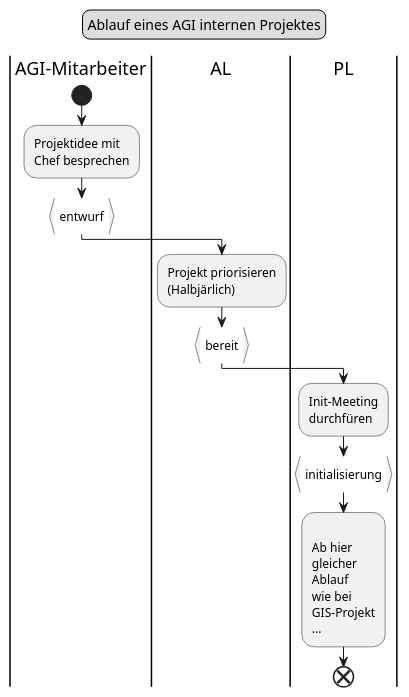
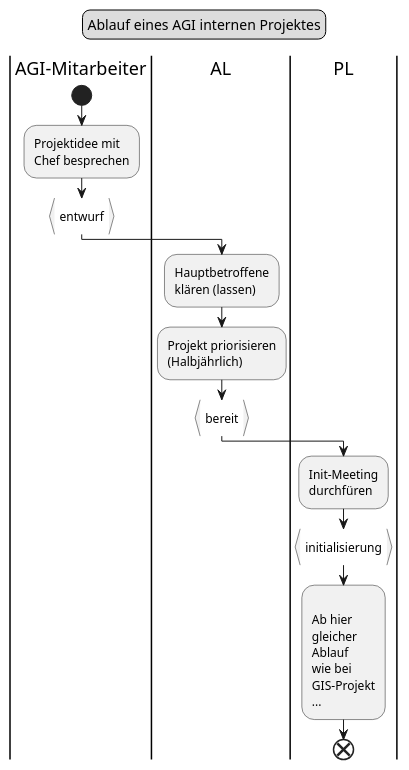
The diagram in puml/src/flow_agiprojekt.puml (ojeker/docktick), drawn with PlantUML before and after one commit. The commit also changed 2 other files, not shown here.

```diff
--- a/puml/src/flow_agiprojekt.puml
+++ b/puml/src/flow_agiprojekt.puml
@@ -1,26 +1,28 @@
 @startuml
 legend top
 	Ablauf eines AGI internen Projektes
 end legend
 |AGI-Mitarbeiter|
 start
 :Projektidee mit
 Chef besprechen;
 :entwurf}
 |AL|
+:Hauptbetroffene
+klären (lassen);
 :Projekt priorisieren
-(Halbjärlich);
+(Halbjährlich);
 :bereit}
 |PL|
 :Init-Meeting
 durchfüren;
 :initialisierung}
 :
 Ab hier
 gleicher
 Ablauf
 wie bei
 GIS-Projekt
 ...;
 end
 @enduml
```
